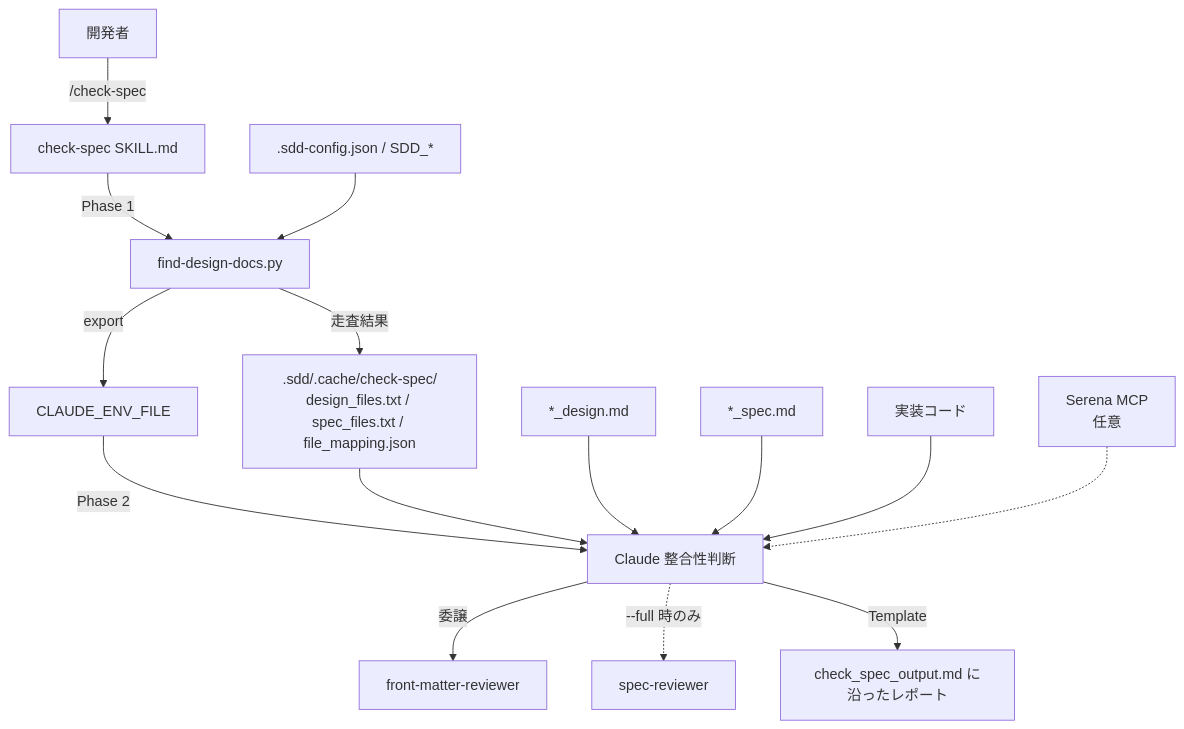
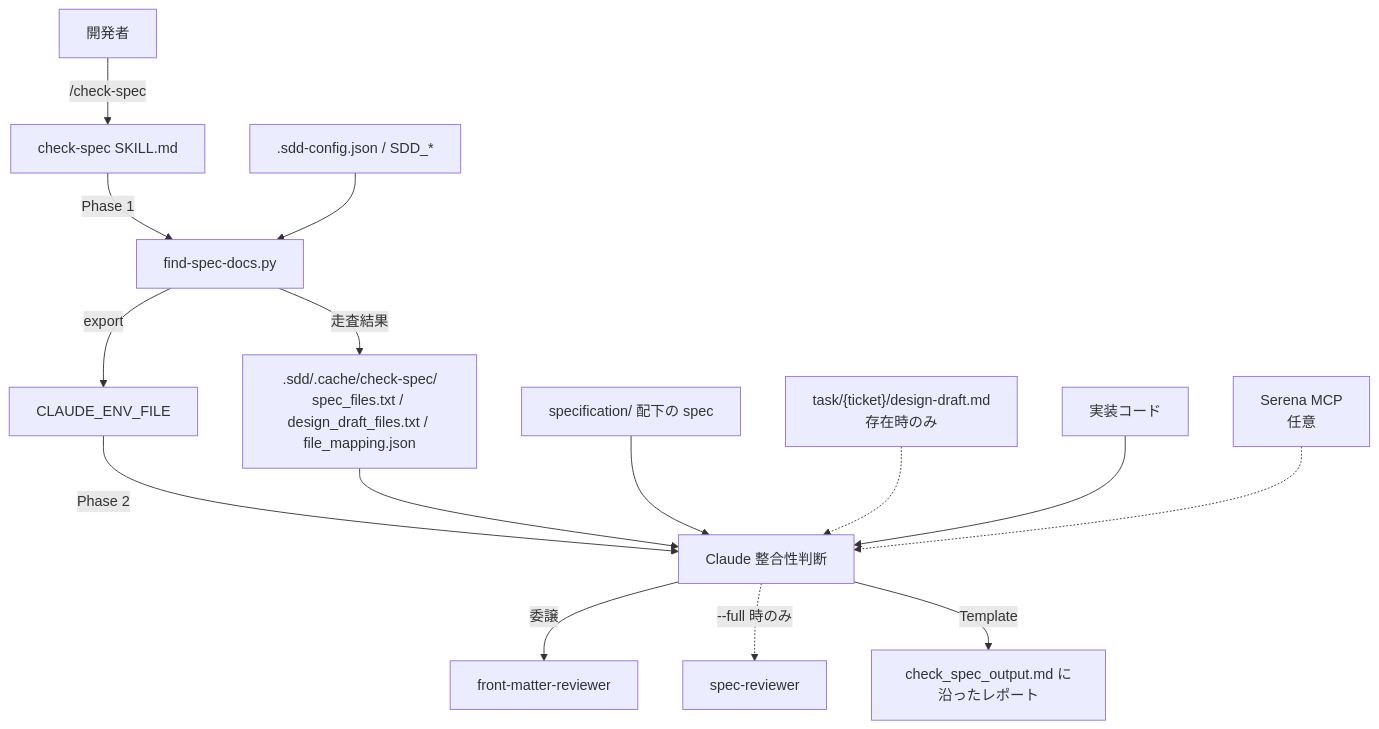
The diagram in .sdd/specification/quality-guardrails/impl-spec-check_design.md (ToshikiImagawa/ai-sdd-workflow-dev), drawn with Mermaid before and after one commit. The commit also changed other lines of this file and 35 other files, not shown here.

First line of the commit message:
[update] check-spec と編集後リマインダを spec 起点に反転 (#100)

````diff
--- a/.sdd/specification/quality-guardrails/impl-spec-check_design.md
+++ b/.sdd/specification/quality-guardrails/impl-spec-check_design.md
@@ -75,17 +77,17 @@
 ```mermaid
 graph TD
     Dev[開発者] -->|/check-spec| Skill[check-spec SKILL.md]
-    Skill -->|Phase 1| Script[find-design-docs.py]
+    Skill -->|Phase 1| Script[find-spec-docs.py]
     Config[.sdd-config.json / SDD_*] --> Script
-    Script -->|走査結果| Cache[".sdd/.cache/check-spec/<br/>design_files.txt / spec_files.txt / file_mapping.json"]
+    Script -->|走査結果| Cache[".sdd/.cache/check-spec/<br/>spec_files.txt / design_draft_files.txt / file_mapping.json"]
     Script -->|export| Env[CLAUDE_ENV_FILE]
     Env -->|Phase 2| Claude[Claude 整合性判断]
     Cache --> Claude
-    Design["*_design.md"] --> Claude
-    Spec["*_spec.md"] --> Claude
+    Spec["specification/ 配下の spec"] --> Claude
+    Draft["task/{ticket}/design-draft.md<br/>存在時のみ"] -.-> Claude
     Impl[実装コード] --> Claude
     Claude -->|委譲| FMR[front-matter-reviewer]
     Claude -.->|--full 時のみ| SR[spec-reviewer]
     Claude -->|Template| Report[check_spec_output.md に沿ったレポート]
     Serena[Serena MCP<br/>任意] -.-> Claude
 ```
````
